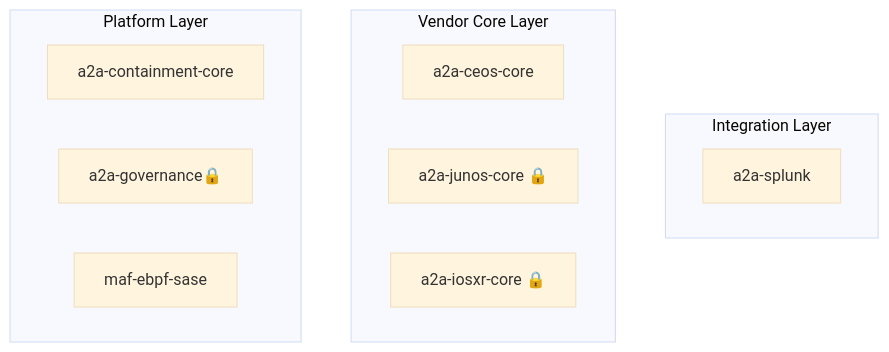
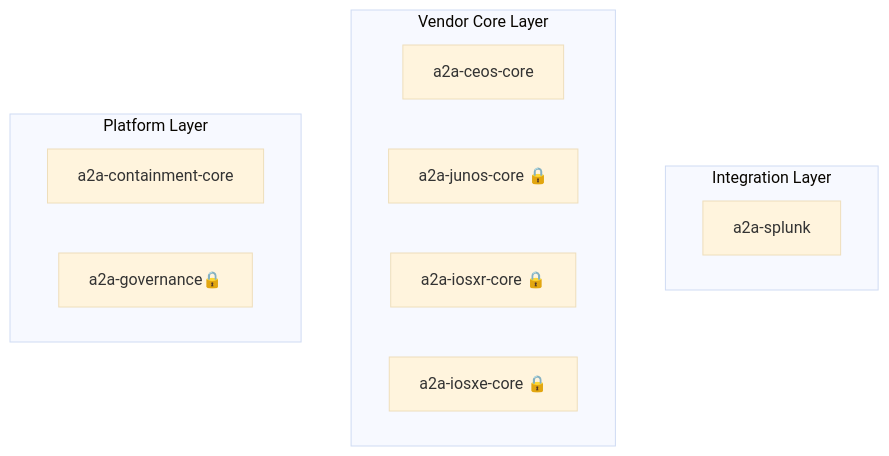
One commit to hidemi-k/hidemi-k changed the diagram in README.md. Above: the diagram before and after it, drawn with Mermaid (base theme).

````diff
--- a/README.md
+++ b/README.md
@@ -24,16 +24,16 @@
 ```mermaid
 graph TD
     subgraph Integrations ["Integration Layer"]
         Splunk["a2a-splunk"]
     end
     subgraph A2A_Vendor_Cores ["Vendor Core Layer"]
         Ceos["a2a-ceos-core"]
         Junos["a2a-junos-core 🔒"]
         IOSXR["a2a-iosxr-core 🔒"]
+        IOSXE["a2a-iosxe-core 🔒"]
     end
     subgraph A2A_Suite ["Platform Layer"]
         Contain["a2a-containment-core"]
         Gov["a2a-governance🔒"]
-        SASE["maf-ebpf-sase"]
     end
 ```
````
